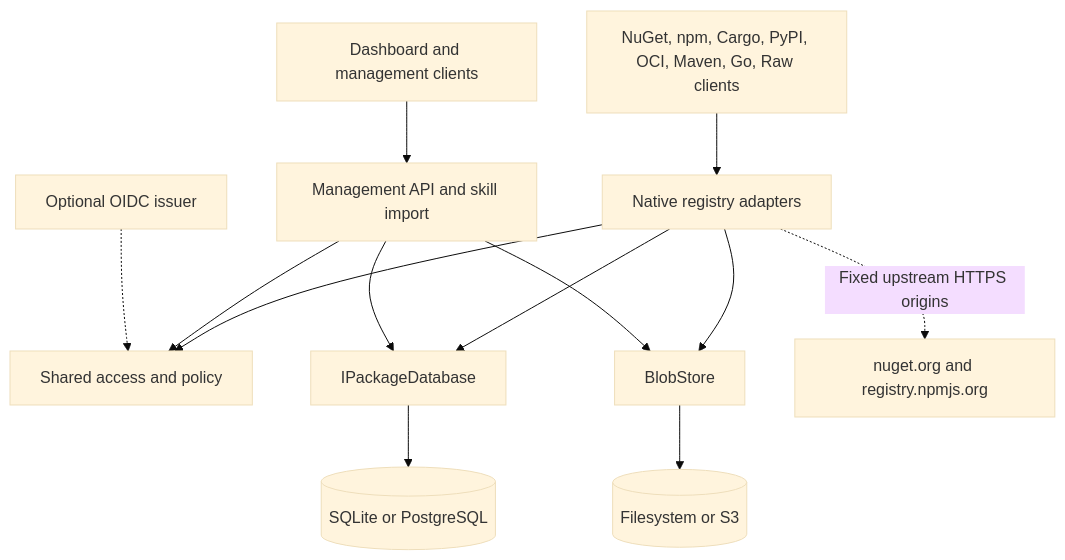
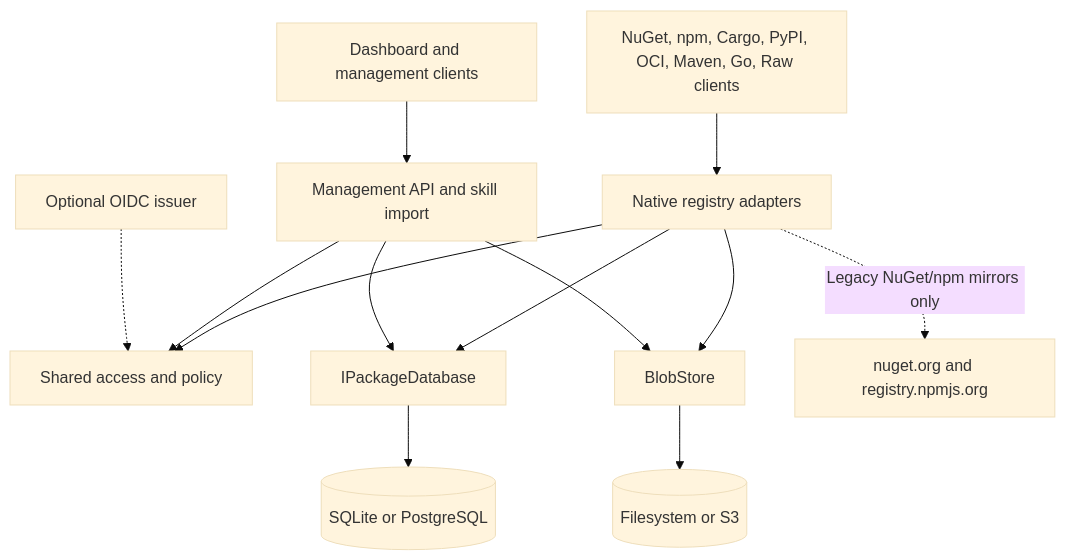
One commit to Cenn0/Packory changed the diagram in docs/architecture.md. Above: the diagram before and after it, drawn with Mermaid (base theme). The commit also changed other lines of this file and 59 other files, not shown here.

````diff
--- a/docs/architecture.md
+++ b/docs/architecture.md
@@ -13,15 +13,15 @@
 ```mermaid
 flowchart TB
   C[NuGet, npm, Cargo, PyPI, OCI, Maven, Go, Raw clients] --> A[Native registry adapters]
   W[Dashboard and management clients] --> M[Management API and skill import]
   A --> P[Shared access and policy]
   M --> P
   I[Optional OIDC issuer] -.-> P
   A --> D[IPackageDatabase]
   M --> D
   D --> DB[(SQLite or PostgreSQL)]
   A --> S[BlobStore]
   M --> S
   S --> B[(Filesystem or S3)]
-  A -.->|Fixed upstream HTTPS origins| U[nuget.org and registry.npmjs.org]
+  A -.->|Legacy NuGet/npm mirrors only| U[nuget.org and registry.npmjs.org]
 ```
````
